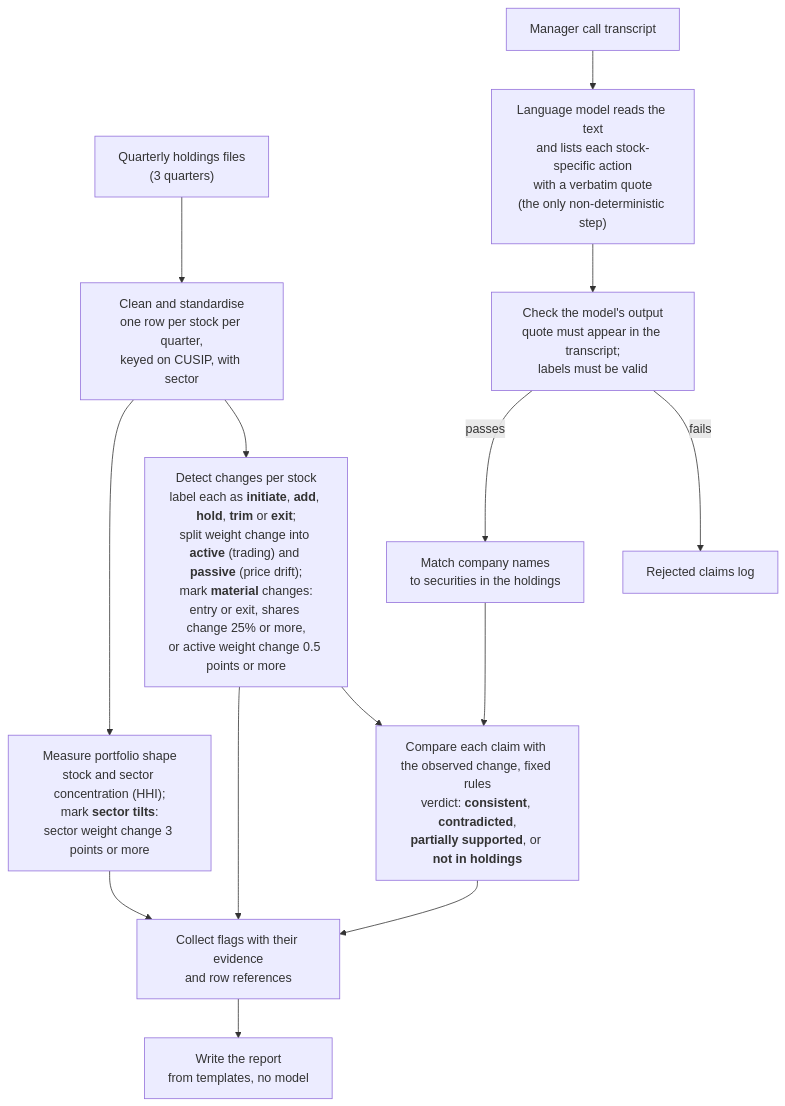
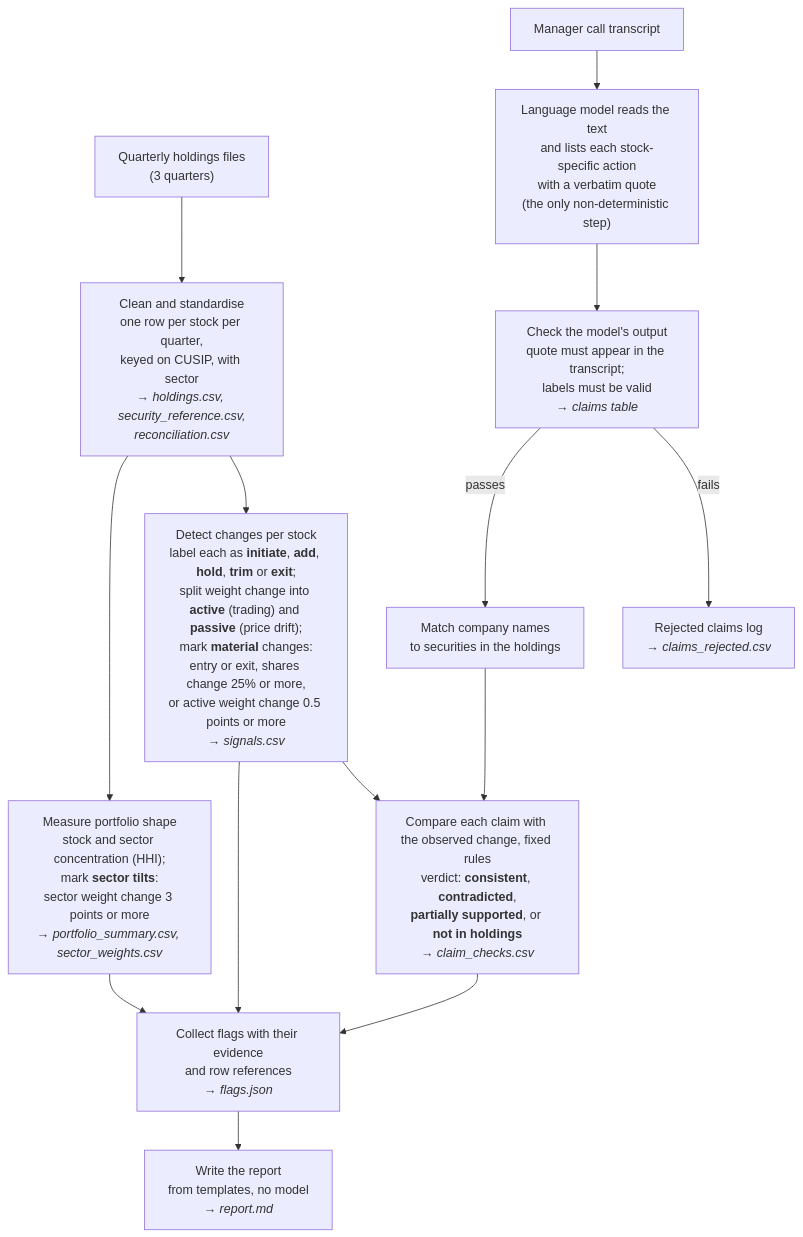
Before and after one commit to adamdu001/portfolio-agent: the diagram in BRIEF.md, drawn with Mermaid. The commit also changed other lines of this file, not shown here.

Commit message:
Add output file names to flowchart and table

````diff
--- a/BRIEF.md
+++ b/BRIEF.md
@@ -5,16 +5,16 @@
 ```mermaid
 flowchart TD
-    H["Quarterly holdings files<br/>(3 quarters)"] --> A["Clean and standardise<br/>one row per stock per quarter,<br/>keyed on CUSIP, with sector"]
-    A --> B["Detect changes per stock<br/>label each as <b>initiate</b>, <b>add</b>, <b>hold</b>, <b>trim</b> or <b>exit</b>;<br/>split weight change into <b>active</b> (trading) and <b>passive</b> (price drift);<br/>mark <b>material</b> changes:<br/>entry or exit, shares change 25% or more,<br/>or active weight change 0.5 points or more"]
-    A --> C["Measure portfolio shape<br/>stock and sector concentration (HHI);<br/>mark <b>sector tilts</b>:<br/>sector weight change 3 points or more"]
+    H["Quarterly holdings files<br/>(3 quarters)"] --> A["Clean and standardise<br/>one row per stock per quarter,<br/>keyed on CUSIP, with sector<br/><i>→ holdings.csv, security_reference.csv,<br/>reconciliation.csv</i>"]
+    A --> B["Detect changes per stock<br/>label each as <b>initiate</b>, <b>add</b>, <b>hold</b>, <b>trim</b> or <b>exit</b>;<br/>split weight change into <b>active</b> (trading) and <b>passive</b> (price drift);<br/>mark <b>material</b> changes:<br/>entry or exit, shares change 25% or more,<br/>or active weight change 0.5 points or more<br/><i>→ signals.csv</i>"]
+    A --> C["Measure portfolio shape<br/>stock and sector concentration (HHI);<br/>mark <b>sector tilts</b>:<br/>sector weight change 3 points or more<br/><i>→ portfolio_summary.csv, sector_weights.csv</i>"]
     T["Manager call transcript"] --> X["Language model reads the text<br/>and lists each stock-specific action<br/>with a verbatim quote<br/>(the only non-deterministic step)"]
-    X --> V["Check the model's output<br/>quote must appear in the transcript;<br/>labels must be valid"]
-    V -->|fails| R["Rejected claims log"]
+    X --> V["Check the model's output<br/>quote must appear in the transcript;<br/>labels must be valid<br/><i>→ claims table</i>"]
+    V -->|fails| R["Rejected claims log<br/><i>→ claims_rejected.csv</i>"]
     V -->|passes| M["Match company names<br/>to securities in the holdings"]
-    M --> D["Compare each claim with the observed change, fixed rules<br/>verdict: <b>consistent</b>, <b>contradicted</b>,<br/><b>partially supported</b>, or <b>not in holdings</b>"]
+    M --> D["Compare each claim with the observed change, fixed rules<br/>verdict: <b>consistent</b>, <b>contradicted</b>,<br/><b>partially supported</b>, or <b>not in holdings</b><br/><i>→ claim_checks.csv</i>"]
     B --> D
-    B --> F["Collect flags with their evidence<br/>and row references"]
+    B --> F["Collect flags with their evidence<br/>and row references<br/><i>→ flags.json</i>"]
     C --> F
     D --> F
-    F --> O["Write the report<br/>from templates, no model"]
+    F --> O["Write the report<br/>from templates, no model<br/><i>→ report.md</i>"]
 ```
````
